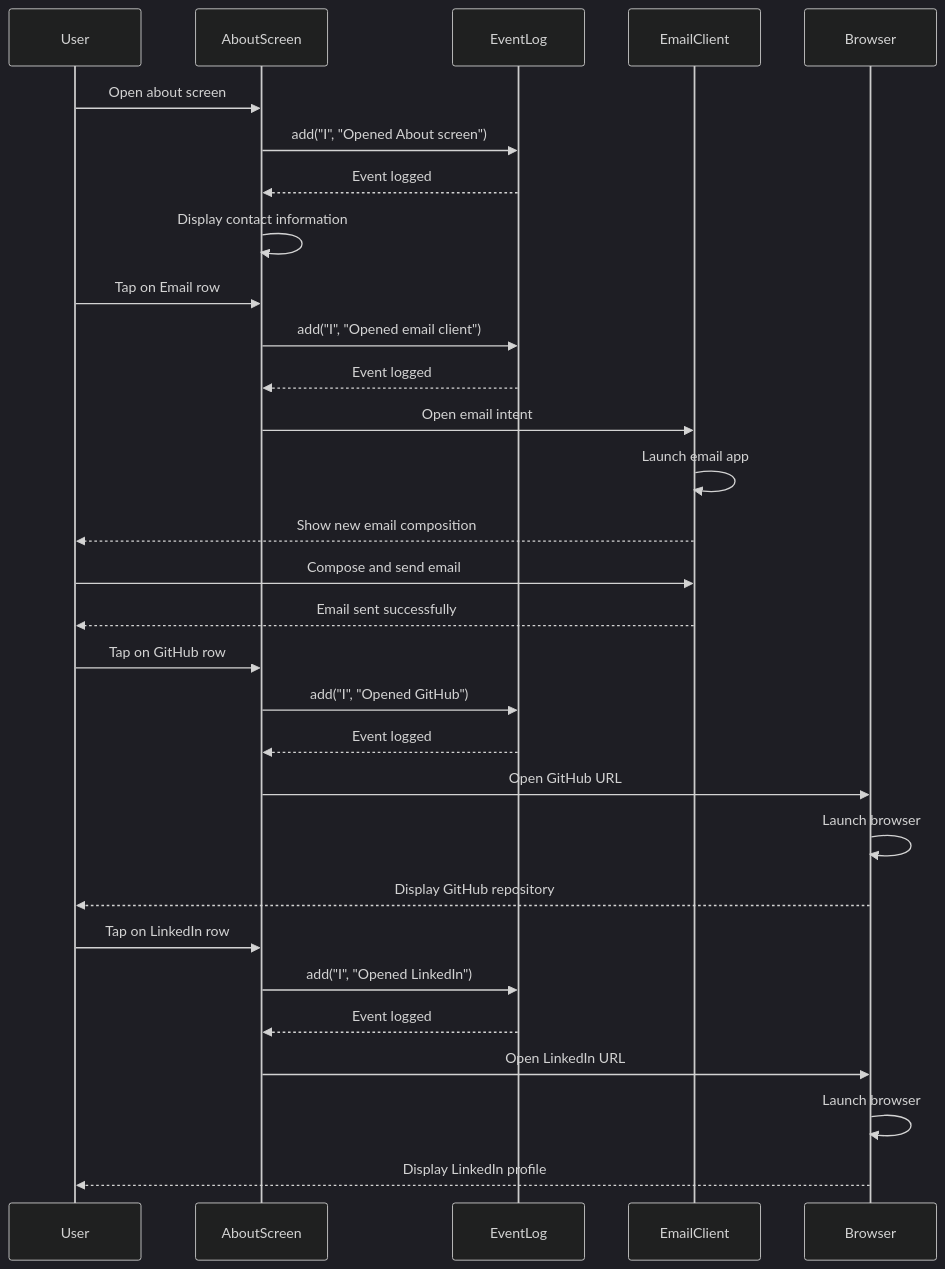
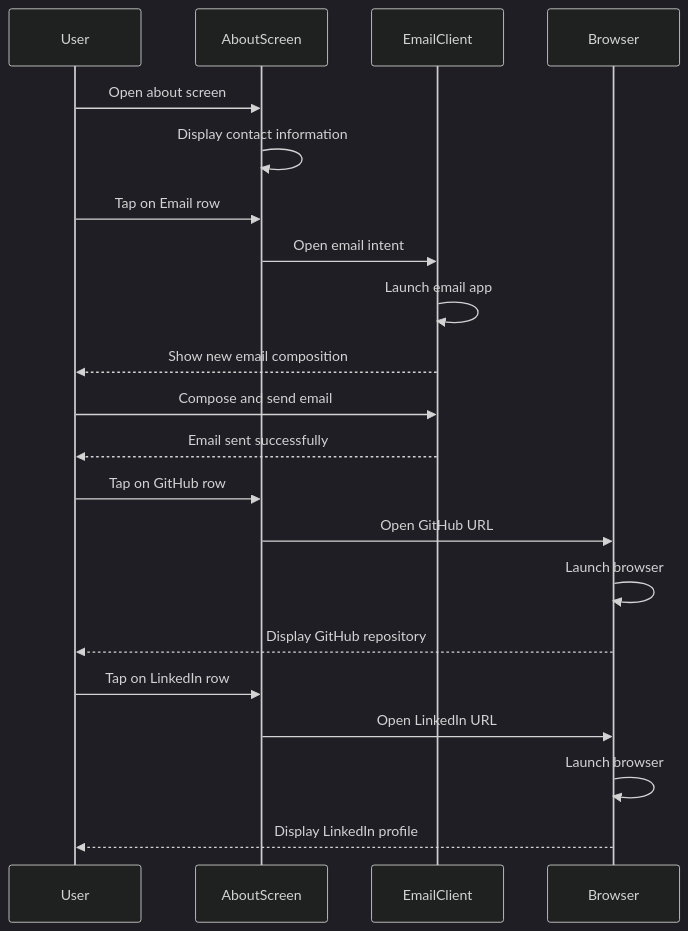
The eighth of 10 diagrams in docs/seq_others.md (lehoang318/buddy), drawn with Mermaid (dark theme) before and after one commit. The commit also changed other lines of this file and 7 other files, not shown here.

````diff
--- a/docs/seq_others.md
+++ b/docs/seq_others.md
@@ -259,38 +253,28 @@
 ```mermaid
 sequenceDiagram
     participant User
     participant AboutScreen
-    participant EventLog
     participant EmailClient
     participant Browser
 
     User->>AboutScreen: Open about screen
-    AboutScreen->>EventLog: add("I", "Opened About screen")
-    EventLog-->>AboutScreen: Event logged
-
     AboutScreen->>AboutScreen: Display contact information
 
     User->>AboutScreen: Tap on Email row
-    AboutScreen->>EventLog: add("I", "Opened email client")
-    EventLog-->>AboutScreen: Event logged
     AboutScreen->>EmailClient: Open email intent
     EmailClient->>EmailClient: Launch email app
     EmailClient-->>User: Show new email composition
 
     User->>EmailClient: Compose and send email
     EmailClient-->>User: Email sent successfully
 
     User->>AboutScreen: Tap on GitHub row
-    AboutScreen->>EventLog: add("I", "Opened GitHub")
-    EventLog-->>AboutScreen: Event logged
     AboutScreen->>Browser: Open GitHub URL
     Browser->>Browser: Launch browser
     Browser-->>User: Display GitHub repository
 
     User->>AboutScreen: Tap on LinkedIn row
-    AboutScreen->>EventLog: add("I", "Opened LinkedIn")
-    EventLog-->>AboutScreen: Event logged
     AboutScreen->>Browser: Open LinkedIn URL
     Browser->>Browser: Launch browser
     Browser-->>User: Display LinkedIn profile
 ```
````
